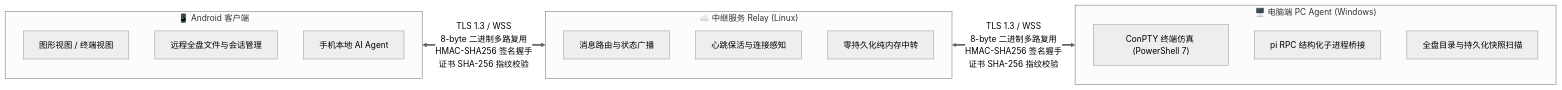
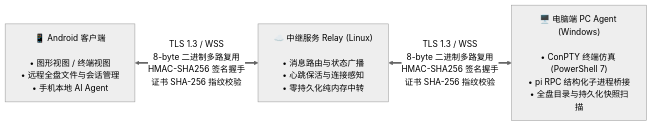
One commit to Orion-shieh/pi-remote changed the diagram in android/README.md. Above: the diagram before and after it, drawn with Mermaid (neutral theme). The commit also changed other lines of this file and 1 other file, not shown here.

Commit message:
docs: replace ASCII architecture diagram with GitHub native Mermaid

````diff
--- a/android/README.md
+++ b/android/README.md
@@ -11,26 +19,9 @@
 ```mermaid
 flowchart LR
-    subgraph Client["📱 Android 客户端"]
-        direction TB
-        C1["图形视图 / 终端视图"]
-        C2["远程全盘文件与会话管理"]
-        C3["手机本地 AI Agent"]
-    end
+    A["📱 Android 客户端<br/><br/>• 图形视图 / 终端视图<br/>• 远程全盘文件与会话管理<br/>• 手机本地 AI Agent"]
+    B["☁️ 中继服务 Relay (Linux)<br/><br/>• 消息路由与状态广播<br/>• 心跳保活与连接感知<br/>• 零持久化纯内存中转"]
+    C["🖥️ 电脑端 PC Agent (Windows)<br/><br/>• ConPTY 终端仿真 (PowerShell 7)<br/>• pi RPC 结构化子进程桥接<br/>• 全盘目录与持久化快照扫描"]
 
-    subgraph Relay["☁️ 中继服务 Relay (Linux)"]
-        direction TB
-        R1["消息路由与状态广播"]
-        R2["心跳保活与连接感知"]
-        R3["零持久化纯内存中转"]
-    end
-
-    subgraph PC["🖥️ 电脑端 PC Agent (Windows)"]
-        direction TB
-        P1["ConPTY 终端仿真 (PowerShell 7)"]
-        P2["pi RPC 结构化子进程桥接"]
-        P3["全盘目录与持久化快照扫描"]
-    end
-
-    Client <== "TLS 1.3 / WSS<br/>8-byte 二进制多路复用<br/>HMAC-SHA256 签名握手<br/>证书 SHA-256 指纹校验" ==> Relay
-    Relay <== "TLS 1.3 / WSS<br/>8-byte 二进制多路复用<br/>HMAC-SHA256 签名握手<br/>证书 SHA-256 指纹校验" ==> PC
+    A <== "TLS 1.3 / WSS<br/>8-byte 二进制多路复用<br/>HMAC-SHA256 签名握手<br/>证书 SHA-256 指纹校验" ==> B
+    B <== "TLS 1.3 / WSS<br/>8-byte 二进制多路复用<br/>HMAC-SHA256 签名握手<br/>证书 SHA-256 指纹校验" ==> C
 ```
````
